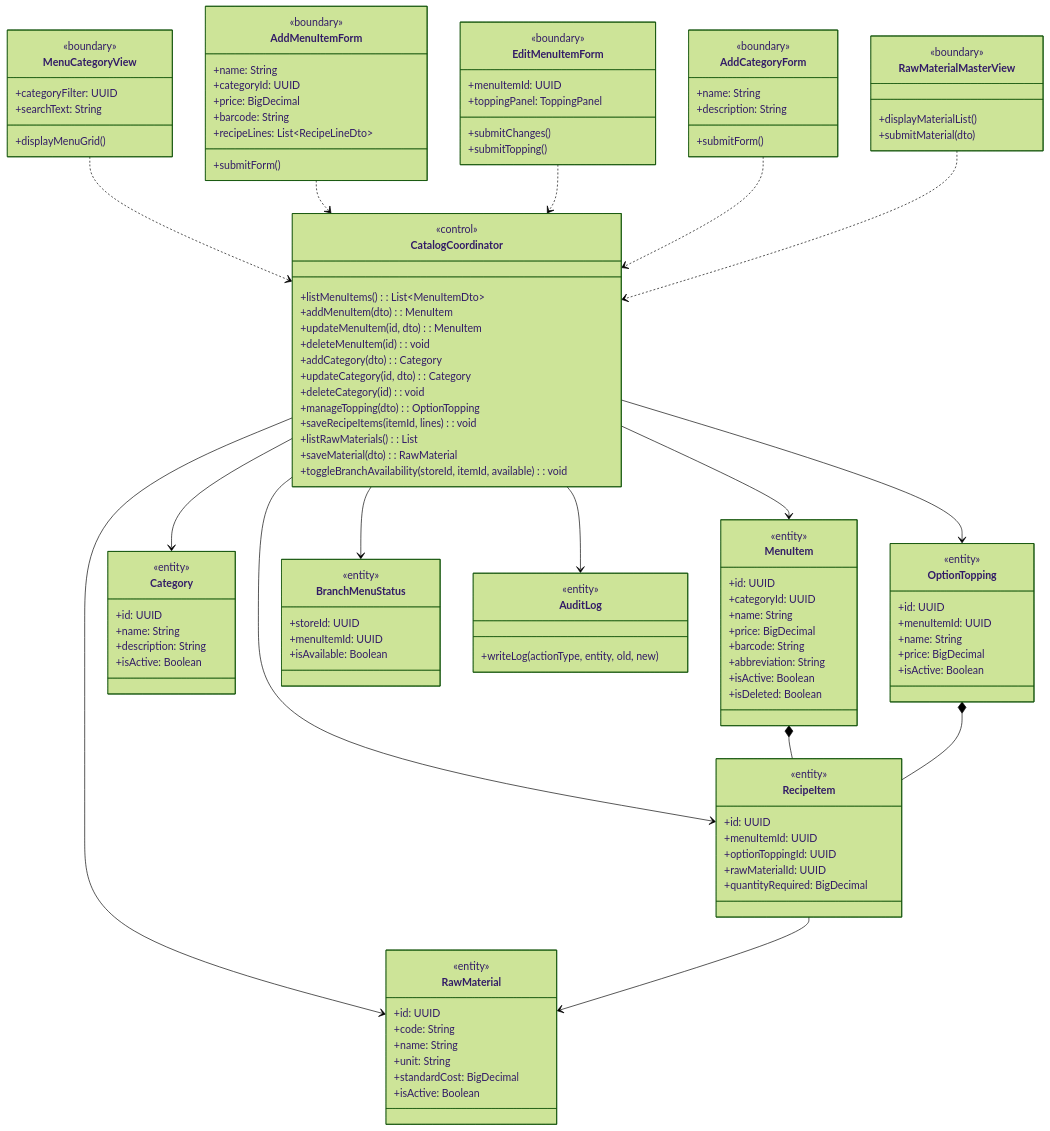
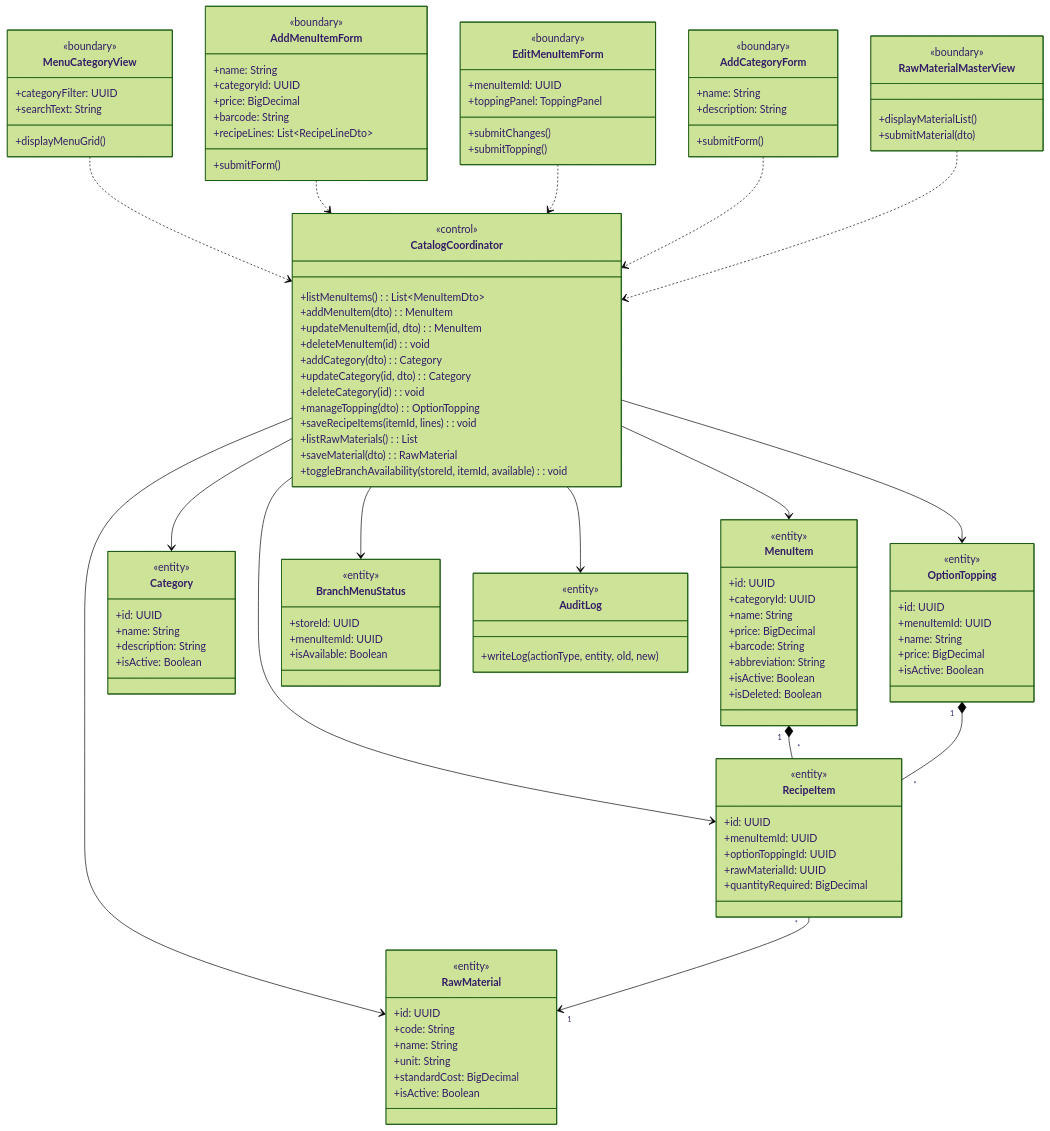
Diagram 15 of 53 in RDS_Khoga_CoffeeShop_v1.0.md (Shaichi/Khoga_coffe_shop), drawn with Mermaid (forest theme) before and after one commit. The commit also changed 1 other file, not shown here.

Commit message:
docs(rds): Add explicit 1-to-many cardinality to MenuItem/Topping and RecipeItem composition in Class Diagram

````diff
--- a/RDS_Khoga_CoffeeShop_v1.0.md
+++ b/RDS_Khoga_CoffeeShop_v1.0.md
@@ -1229,7 +1229,7 @@
     CatalogCoordinator --> RawMaterial
     CatalogCoordinator --> BranchMenuStatus
     CatalogCoordinator --> AuditLog
-    RecipeItem --> RawMaterial
-    MenuItem *-- RecipeItem
-    OptionTopping *-- RecipeItem
+    RecipeItem "*" --> "1" RawMaterial
+    MenuItem "1" *-- "*" RecipeItem
+    OptionTopping "1" *-- "*" RecipeItem
 ```
````
